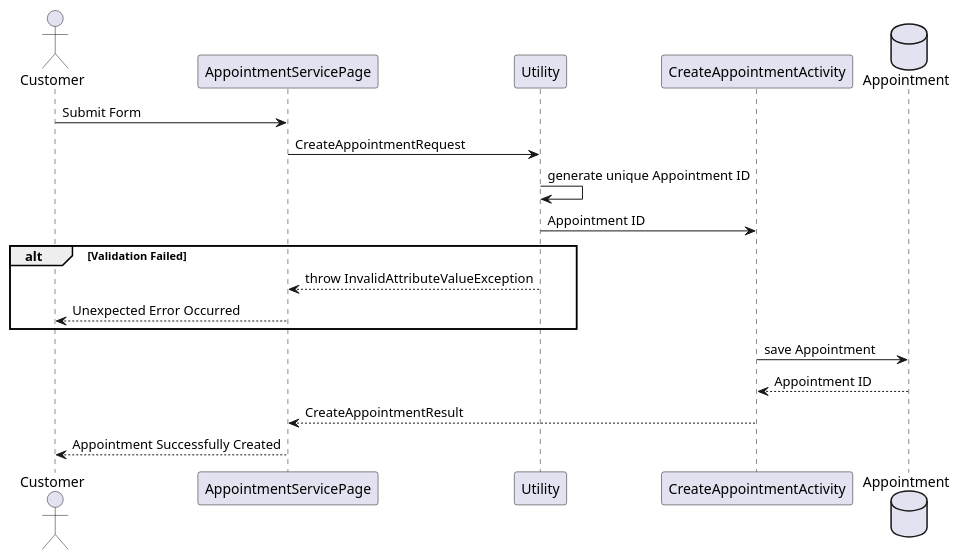
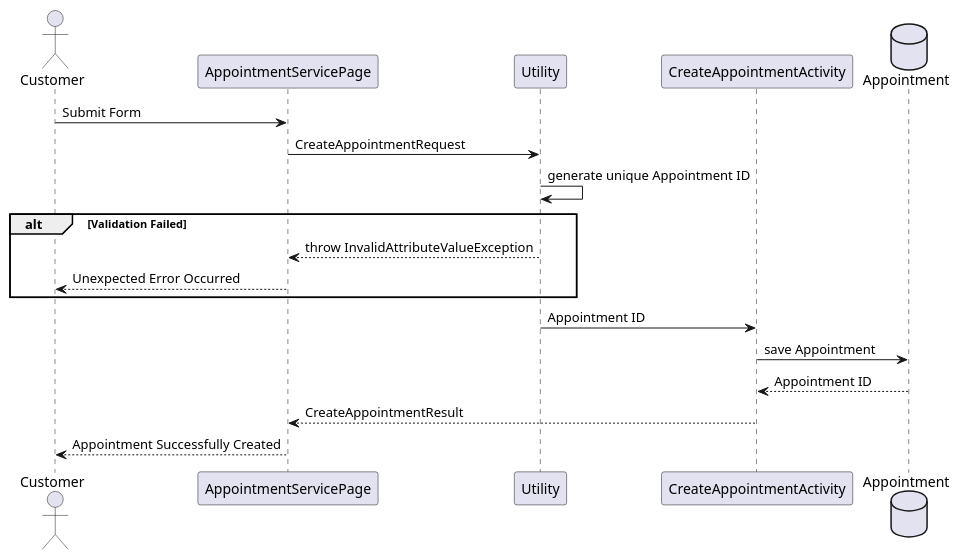
One commit to BloomTechBackend/bd-team-project-support-zebra changed the diagram in project_documents/SequenceDiagrams/CreateAppointment.puml. Above: the diagram before and after it, drawn with PlantUML. The commit also changed other lines of this file and 2 other files, not shown here.

Commit message:
Finished Add BookingAppointment

```diff
--- a/project_documents/SequenceDiagrams/CreateAppointment.puml
+++ b/project_documents/SequenceDiagrams/CreateAppointment.puml
@@ -1,22 +1,22 @@
 @startuml
 actor Customer
 participant AppointmentServicePage
 participant Utility
 participant CreateAppointmentActivity
 database Appointment
 
 Customer -> AppointmentServicePage : Submit Form
 AppointmentServicePage -> Utility : CreateAppointmentRequest
 Utility -> Utility : generate unique Appointment ID
-Utility -> CreateAppointmentActivity : Appointment ID
 
 alt Validation Failed
 AppointmentServicePage <-- Utility : throw InvalidAttributeValueException
 Customer <-- AppointmentServicePage : Unexpected Error Occurred
 end
 
+Utility -> CreateAppointmentActivity : Appointment ID
 CreateAppointmentActivity -> Appointment : save Appointment
 CreateAppointmentActivity <-- Appointment : Appointment ID
 AppointmentServicePage <-- CreateAppointmentActivity : CreateAppointmentResult
 Customer <-- AppointmentServicePage : Appointment Successfully Created
 @enduml
```
